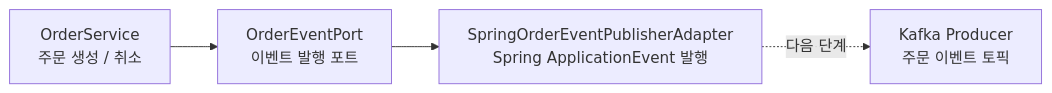
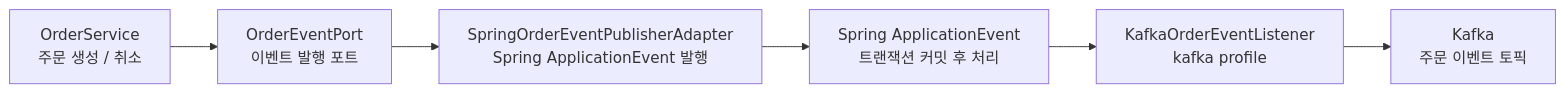
The third of 3 diagrams in README.md (dongyongChoi/toy-commerce-platform), drawn with Mermaid before and after one commit. The commit also changed other lines of this file and 9 other files, not shown here.

Commit message:
feat: Kafka 주문 이벤트 발행 추가

````diff
--- a/README.md
+++ b/README.md
@@ -81,6 +81,8 @@
 ```mermaid
 flowchart LR
     OrderService["OrderService<br/>주문 생성 / 취소"] --> EventPort["OrderEventPort<br/>이벤트 발행 포트"]
     EventPort --> SpringEventAdapter["SpringOrderEventPublisherAdapter<br/>Spring ApplicationEvent 발행"]
-    SpringEventAdapter -. 다음 단계 .-> Kafka["Kafka Producer<br/>주문 이벤트 토픽"]
+    SpringEventAdapter --> SpringEvent["Spring ApplicationEvent<br/>트랜잭션 커밋 후 처리"]
+    SpringEvent --> KafkaListener["KafkaOrderEventListener<br/>kafka profile"]
+    KafkaListener --> Kafka["Kafka<br/>주문 이벤트 토픽"]
 ```
````
